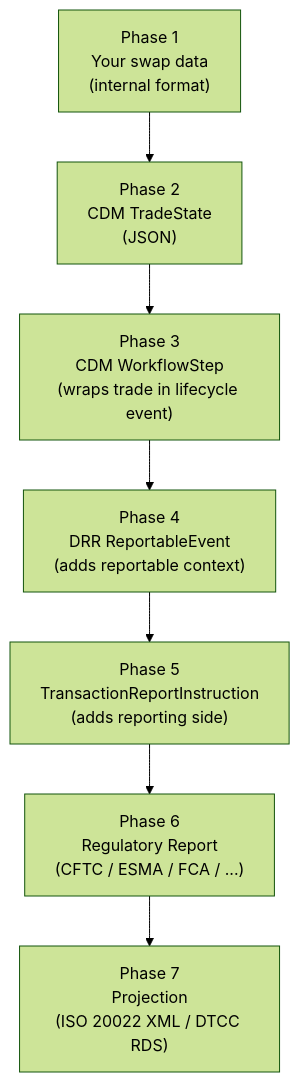
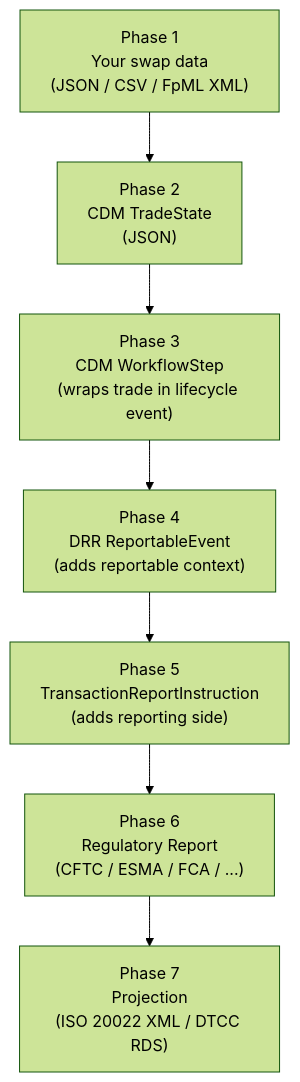
The diagram in ISDA/docs/implementation-phases.md (emirbh/misc), drawn with Mermaid (forest theme) before and after one commit. The commit also changed other lines of this file and 223 other files, not shown here.

````diff
--- a/ISDA/docs/implementation-phases.md
+++ b/ISDA/docs/implementation-phases.md
@@ -13,12 +13,12 @@
 ```mermaid
 flowchart TD
-    src["Phase 1<br/>Your swap data<br/>(internal format)"]
+    src["Phase 1<br/>Your swap data<br/>(JSON / CSV / FpML XML)"]
     cdm["Phase 2<br/>CDM TradeState<br/>(JSON)"]
     ws["Phase 3<br/>CDM WorkflowStep<br/>(wraps trade in lifecycle event)"]
     re["Phase 4<br/>DRR ReportableEvent<br/>(adds reportable context)"]
     tri["Phase 5<br/>TransactionReportInstruction<br/>(adds reporting side)"]
     rpt["Phase 6<br/>Regulatory Report<br/>(CFTC / ESMA / FCA / ...)"]
     proj["Phase 7<br/>Projection<br/>(ISO 20022 XML / DTCC RDS)"]
 
     src --> cdm --> ws --> re --> tri --> rpt --> proj
 ```
````
